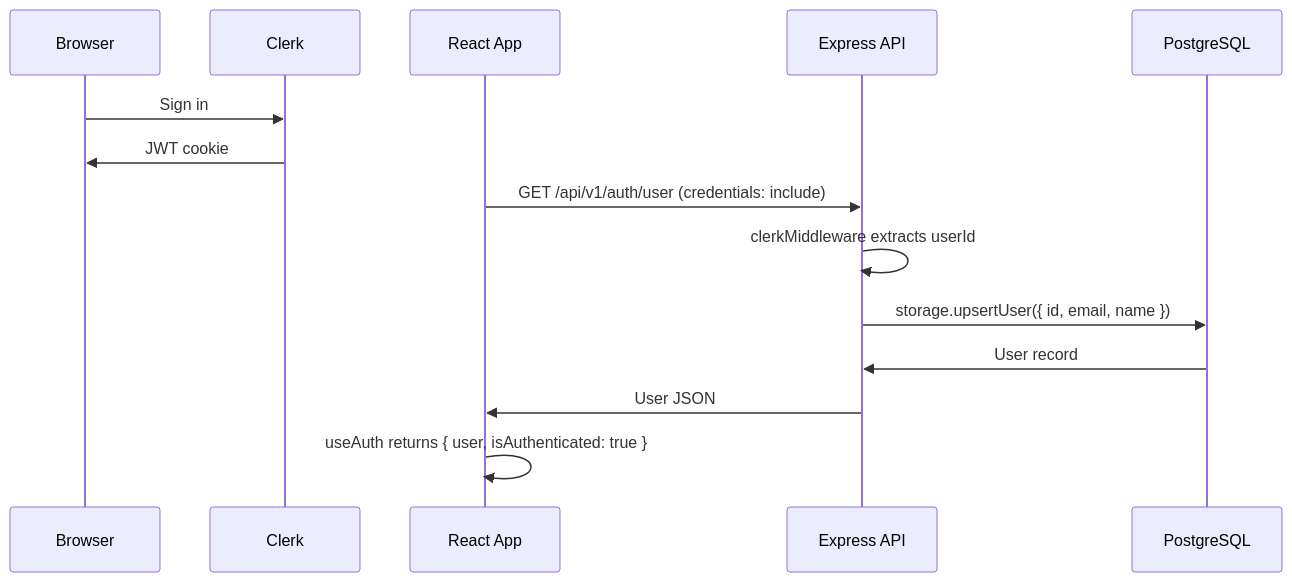
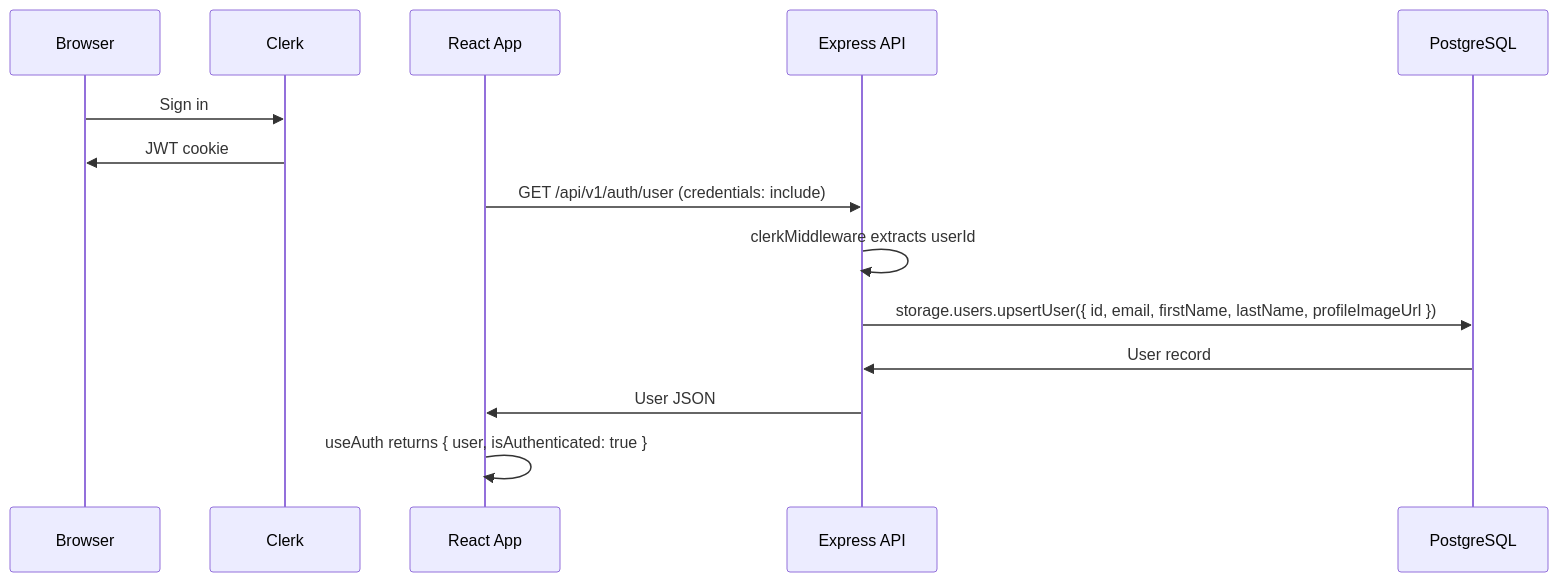
One commit to daler91/Hyrox-Companion changed the diagram in docs/authentication.md. Above: the diagram before and after it, drawn with Mermaid. The commit also changed other lines of this file and 2 other files, not shown here.

````diff
--- a/docs/authentication.md
+++ b/docs/authentication.md
@@ -64,17 +64,17 @@
 ```mermaid
 sequenceDiagram
     participant Browser
     participant Clerk
     participant React as React App
     participant API as Express API
     participant DB as PostgreSQL
     
     Browser->>Clerk: Sign in
     Clerk->>Browser: JWT cookie
     React->>API: GET /api/v1/auth/user (credentials: include)
     API->>API: clerkMiddleware extracts userId
-    API->>DB: storage.upsertUser({ id, email, name })
+    API->>DB: storage.users.upsertUser({ id, email, firstName, lastName, profileImageUrl })
     DB->>API: User record
     API->>React: User JSON
     React->>React: useAuth returns { user, isAuthenticated: true }
 ```
````
